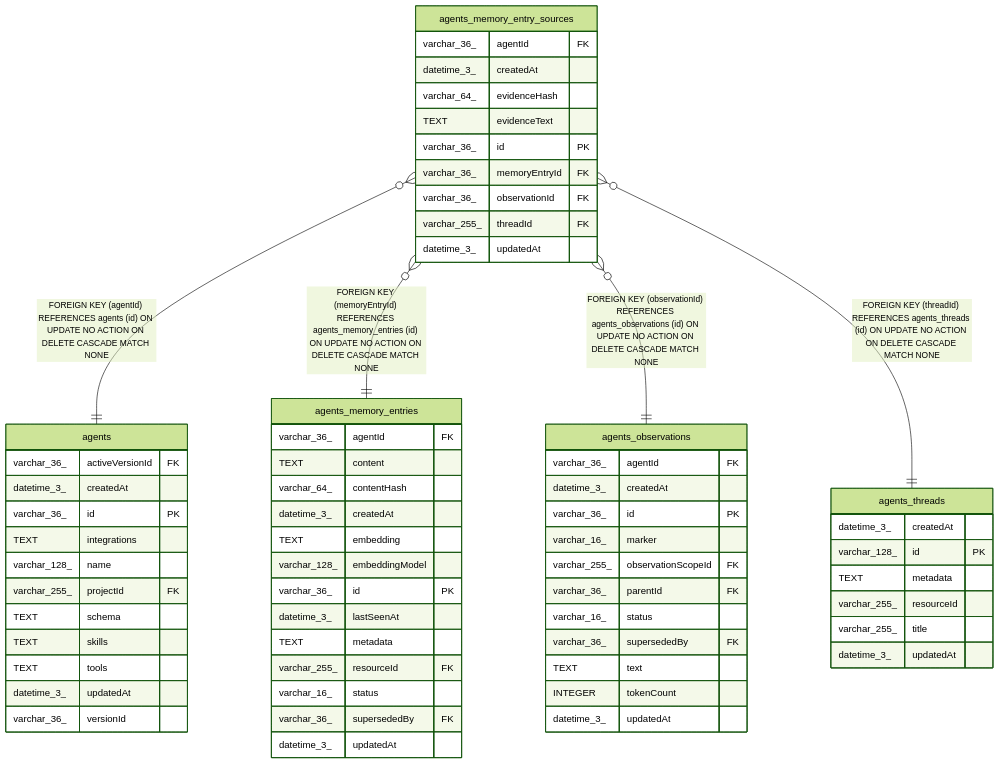
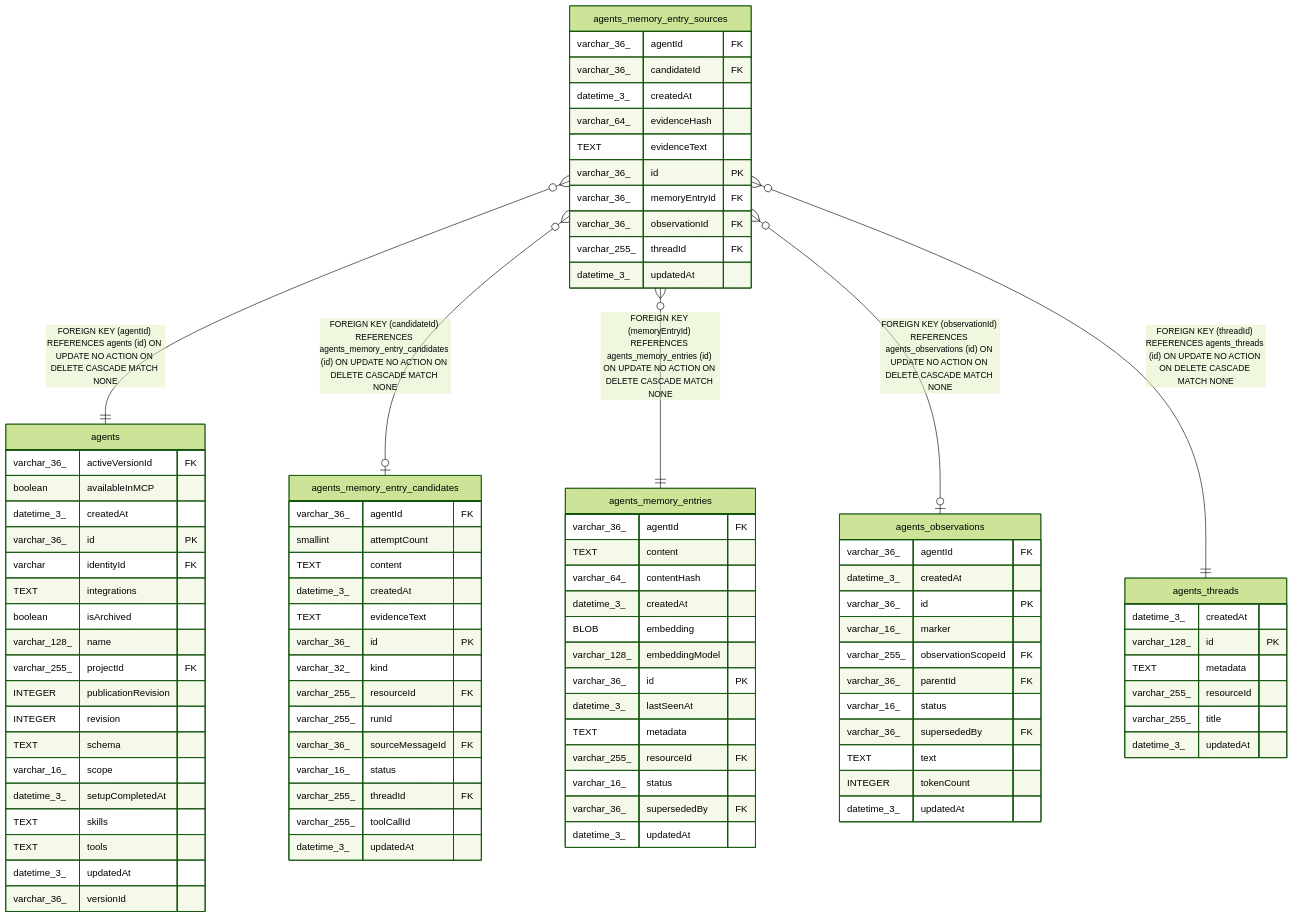
Before and after one commit to koreatest12/studys: the diagram in n8n_integration/n8n_source/docs/generated/sqlite-schema/agents_memory_entry_sources.md, drawn with Mermaid (forest theme). The commit also changed other lines of this file and 23019 other files, not shown here.

```diff
--- a/n8n_integration/n8n_source/docs/generated/sqlite-schema/agents_memory_entry_sources.md
+++ b/n8n_integration/n8n_source/docs/generated/sqlite-schema/agents_memory_entry_sources.md
@@ -52,12 +57,14 @@
 erDiagram
 
 "agents_memory_entry_sources" }o--|| "agents" : "FOREIGN KEY (agentId) REFERENCES agents (id) ON UPDATE NO ACTION ON DELETE CASCADE MATCH NONE"
+"agents_memory_entry_sources" }o--o| "agents_memory_entry_candidates" : "FOREIGN KEY (candidateId) REFERENCES agents_memory_entry_candidates (id) ON UPDATE NO ACTION ON DELETE CASCADE MATCH NONE"
 "agents_memory_entry_sources" }o--|| "agents_memory_entries" : "FOREIGN KEY (memoryEntryId) REFERENCES agents_memory_entries (id) ON UPDATE NO ACTION ON DELETE CASCADE MATCH NONE"
-"agents_memory_entry_sources" }o--|| "agents_observations" : "FOREIGN KEY (observationId) REFERENCES agents_observations (id) ON UPDATE NO ACTION ON DELETE CASCADE MATCH NONE"
+"agents_memory_entry_sources" }o--o| "agents_observations" : "FOREIGN KEY (observationId) REFERENCES agents_observations (id) ON UPDATE NO ACTION ON DELETE CASCADE MATCH NONE"
 "agents_memory_entry_sources" }o--|| "agents_threads" : "FOREIGN KEY (threadId) REFERENCES agents_threads (id) ON UPDATE NO ACTION ON DELETE CASCADE MATCH NONE"
 
 "agents_memory_entry_sources" {
   varchar_36_ agentId FK
+  varchar_36_ candidateId FK
   datetime_3_ createdAt
   varchar_64_ evidenceHash
   TEXT evidenceText
@@ -69,23 +76,46 @@
 }
 "agents" {
   varchar_36_ activeVersionId FK
+  boolean availableInMCP
   datetime_3_ createdAt
   varchar_36_ id PK
+  varchar identityId FK
   TEXT integrations
+  boolean isArchived
   varchar_128_ name
   varchar_255_ projectId FK
+  INTEGER publicationRevision
+  INTEGER revision
   TEXT schema
+  varchar_16_ scope
+  datetime_3_ setupCompletedAt
   TEXT skills
   TEXT tools
   datetime_3_ updatedAt
   varchar_36_ versionId
+}
+"agents_memory_entry_candidates" {
+  varchar_36_ agentId FK
+  smallint attemptCount
+  TEXT content
+  datetime_3_ createdAt
+  TEXT evidenceText
+  varchar_36_ id PK
+  varchar_32_ kind
+  varchar_255_ resourceId FK
+  varchar_255_ runId
+  varchar_36_ sourceMessageId FK
+  varchar_16_ status
+  varchar_255_ threadId FK
+  varchar_255_ toolCallId
+  datetime_3_ updatedAt
 }
 "agents_memory_entries" {
   varchar_36_ agentId FK
   TEXT content
   varchar_64_ contentHash
   datetime_3_ createdAt
-  TEXT embedding
+  BLOB embedding
   varchar_128_ embeddingModel
   varchar_36_ id PK
   datetime_3_ lastSeenAt
```
